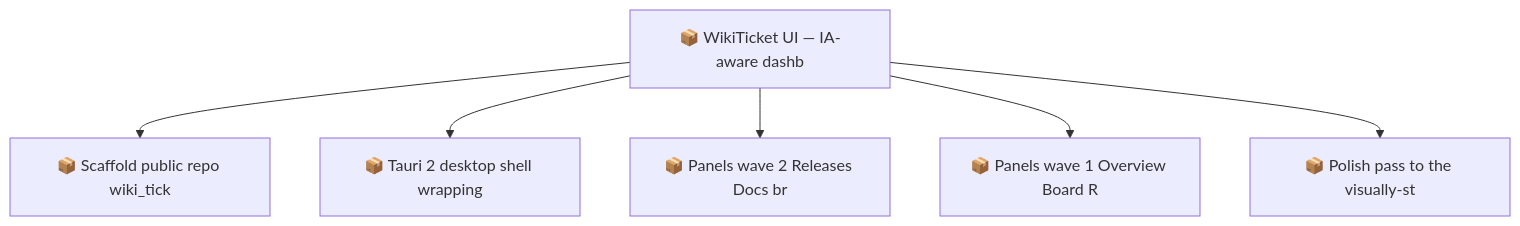
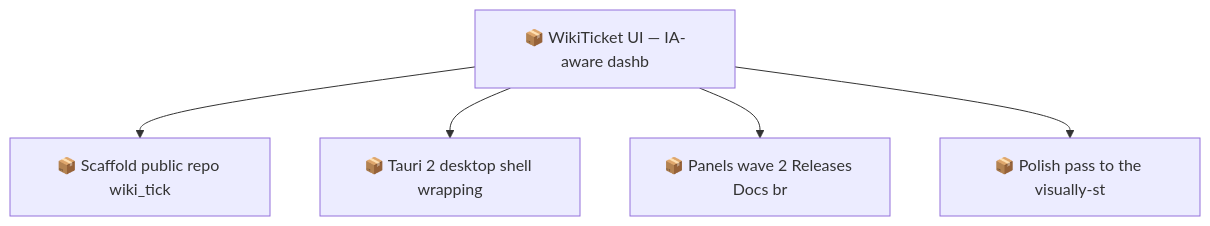
One commit to SpillwaveSolutions/wiki_ticket_sdd_ui changed the second of 2 diagrams in docs/roadmap.md. Above: the diagram before and after it, drawn with Mermaid. The commit also changed other lines of this file and 13 other files, not shown here.

First line of the commit message:
feat(web): panels wave 1 — Overview, Board, Roadmap, Activity (#5)

````diff
--- a/docs/roadmap.md
+++ b/docs/roadmap.md
@@ -68,14 +65,12 @@
 ```mermaid
 graph TD
     01KY5ZZX8Y6N7E5YQYP4X1V7VA["📦 Scaffold public repo wiki_tick"]
     01KY5ZZX8YXD5YDJKQGJ3VCCHN["📦 WikiTicket UI — IA-aware dashb"]
     01KY5ZZX8Z46K7BCSPPFKN23JZ["📦 Tauri 2 desktop shell wrapping"]
     01KY5ZZX8ZBF099JH8N2ZRJKKE["📦 Panels wave 2 Releases Docs br"]
-    01KY5ZZX8ZTV1ZYR8FYGBEWKJV["📦 Panels wave 1 Overview Board R"]
     01KY5ZZX8ZYPXTMVCGX4AAZQSG["📦 Polish pass to the visually-st"]
     01KY5ZZX8YXD5YDJKQGJ3VCCHN --> 01KY5ZZX8Y6N7E5YQYP4X1V7VA
     01KY5ZZX8YXD5YDJKQGJ3VCCHN --> 01KY5ZZX8Z46K7BCSPPFKN23JZ
     01KY5ZZX8YXD5YDJKQGJ3VCCHN --> 01KY5ZZX8ZBF099JH8N2ZRJKKE
-    01KY5ZZX8YXD5YDJKQGJ3VCCHN --> 01KY5ZZX8ZTV1ZYR8FYGBEWKJV
     01KY5ZZX8YXD5YDJKQGJ3VCCHN --> 01KY5ZZX8ZYPXTMVCGX4AAZQSG
 ```
````
